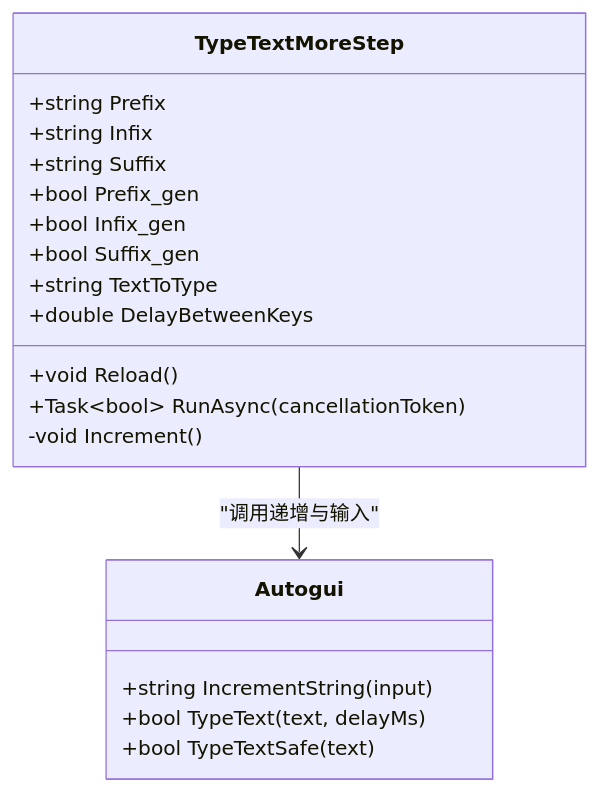
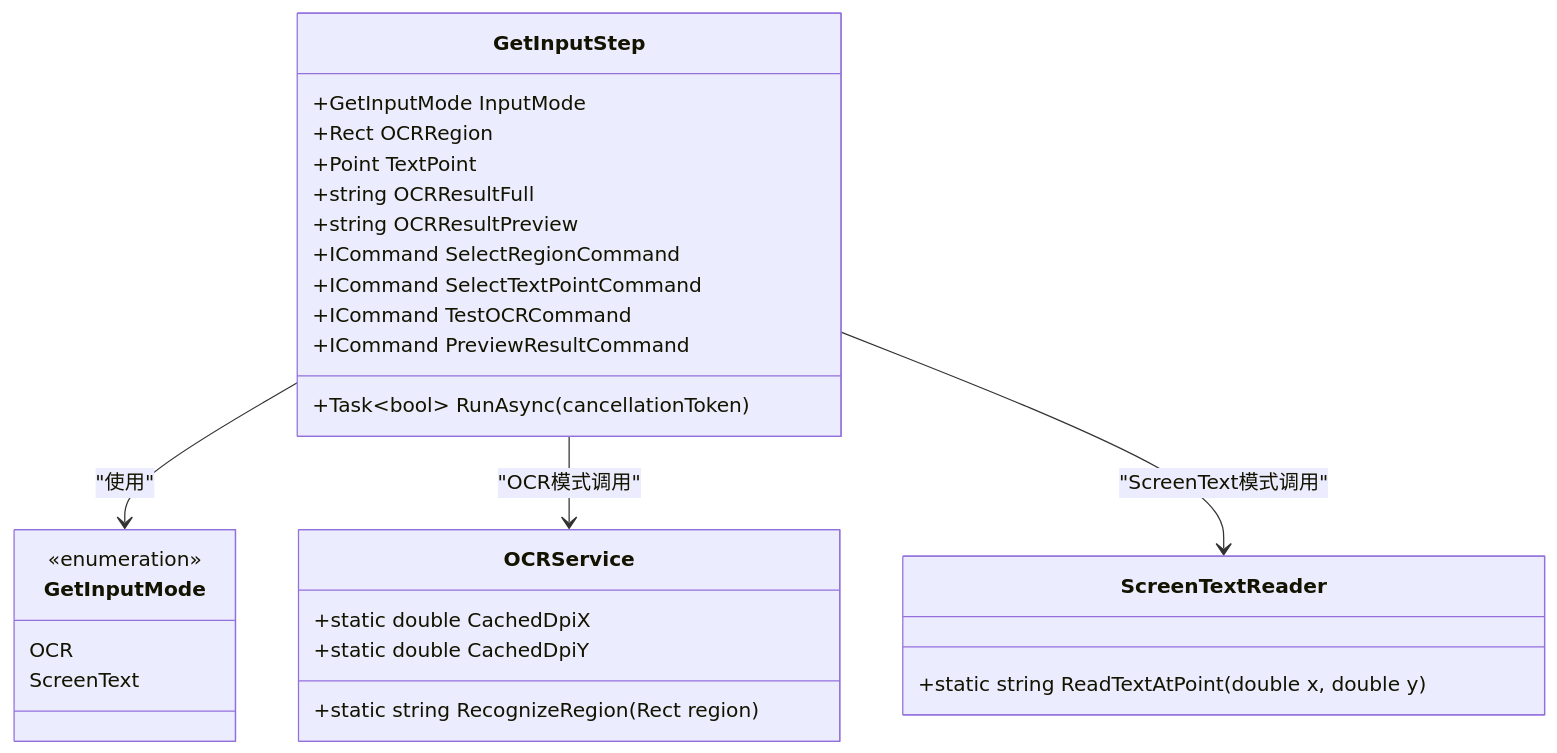
Before and after one commit to yooxii/ShaoLuAuto: the fourth of 5 diagrams in .qoder/repowiki/zh/content/自动化步骤系统/文本输入步骤.md, drawn with Mermaid. The commit also changed other lines of this file and 9 other files, not shown here.

````diff
--- a/.qoder/repowiki/zh/content/自动化步骤系统/文本输入步骤.md
+++ b/.qoder/repowiki/zh/content/自动化步骤系统/文本输入步骤.md
@@ -188,22 +247,31 @@
 ```mermaid
 classDiagram
-class TypeTextMoreStep {
-+string Prefix
-+string Infix
-+string Suffix
-+bool Prefix_gen
-+bool Infix_gen
-+bool Suffix_gen
-+string TextToType
-+double DelayBetweenKeys
-+void Reload()
+class GetInputStep {
++GetInputMode InputMode
++Rect OCRRegion
++Point TextPoint
++string OCRResultFull
++string OCRResultPreview
++ICommand SelectRegionCommand
++ICommand SelectTextPointCommand
++ICommand TestOCRCommand
++ICommand PreviewResultCommand
 +Task~bool~ RunAsync(cancellationToken)
--void Increment()
 }
-class Autogui {
-+string IncrementString(input)
-+bool TypeText(text, delayMs)
-+bool TypeTextSafe(text)
+class GetInputMode {
+<<enumeration>>
+OCR
+ScreenText
 }
-TypeTextMoreStep --> Autogui : "调用递增与输入"
+class OCRService {
++static string RecognizeRegion(Rect region)
++static double CachedDpiX
++static double CachedDpiY
+}
+class ScreenTextReader {
++static string ReadTextAtPoint(double x, double y)
+}
+GetInputStep --> GetInputMode : "使用"
+GetInputStep --> OCRService : "OCR模式调用"
+GetInputStep --> ScreenTextReader : "ScreenText模式调用"
 ```
````
